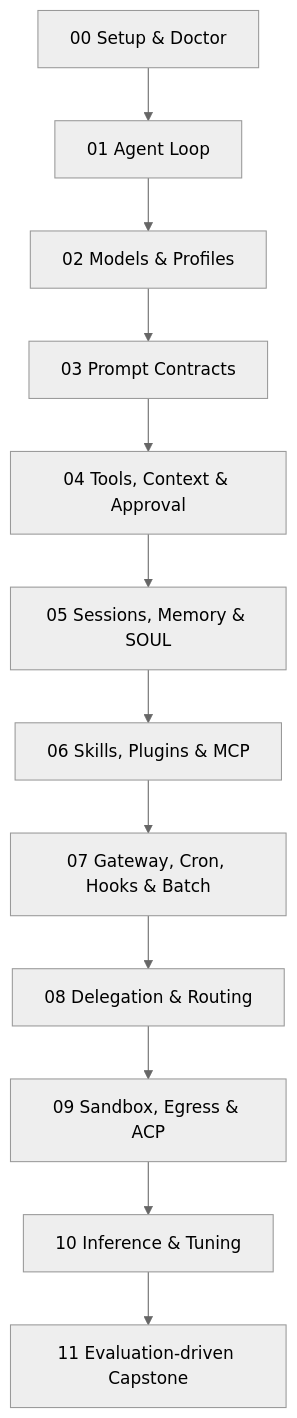
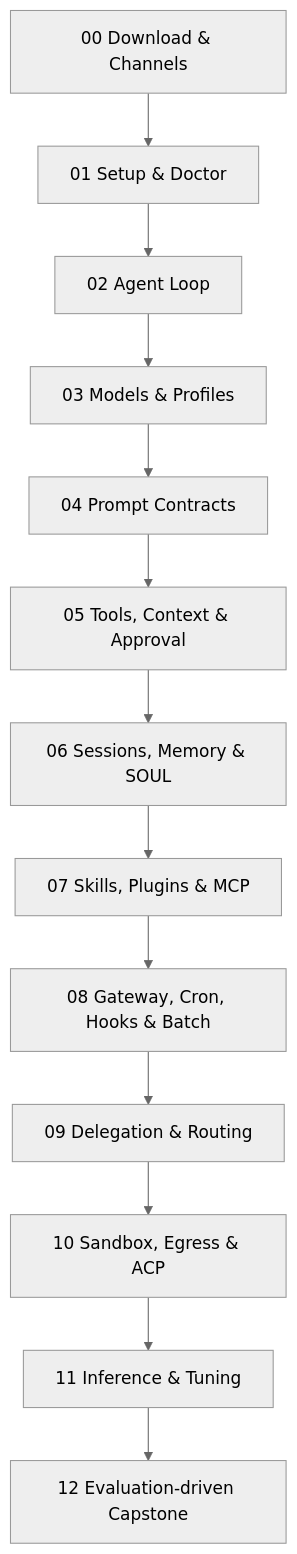
One commit to ChrysFu-FndVent/hermes-learning-lab changed the diagram in CURRICULUM.md. Above: the diagram before and after it, drawn with Mermaid (neutral theme). The commit also changed other lines of this file and 9 other files, not shown here.

````diff
--- a/CURRICULUM.md
+++ b/CURRICULUM.md
@@ -18,14 +18,15 @@
 ```mermaid
 flowchart TD
-    A[00 Setup & Doctor] --> B[01 Agent Loop]
-    B --> C[02 Models & Profiles]
-    C --> D[03 Prompt Contracts]
-    D --> E[04 Tools, Context & Approval]
-    E --> F[05 Sessions, Memory & SOUL]
-    F --> G[06 Skills, Plugins & MCP]
-    G --> H[07 Gateway, Cron, Hooks & Batch]
-    H --> I[08 Delegation & Routing]
-    I --> J[09 Sandbox, Egress & ACP]
-    J --> K[10 Inference & Tuning]
-    K --> L[11 Evaluation-driven Capstone]
+    A[00 Download & Channels] --> B[01 Setup & Doctor]
+    B --> C[02 Agent Loop]
+    C --> D[03 Models & Profiles]
+    D --> E[04 Prompt Contracts]
+    E --> F[05 Tools, Context & Approval]
+    F --> G[06 Sessions, Memory & SOUL]
+    G --> H[07 Skills, Plugins & MCP]
+    H --> I[08 Gateway, Cron, Hooks & Batch]
+    I --> J[09 Delegation & Routing]
+    J --> K[10 Sandbox, Egress & ACP]
+    K --> L[11 Inference & Tuning]
+    L --> M[12 Evaluation-driven Capstone]
 ```
````
